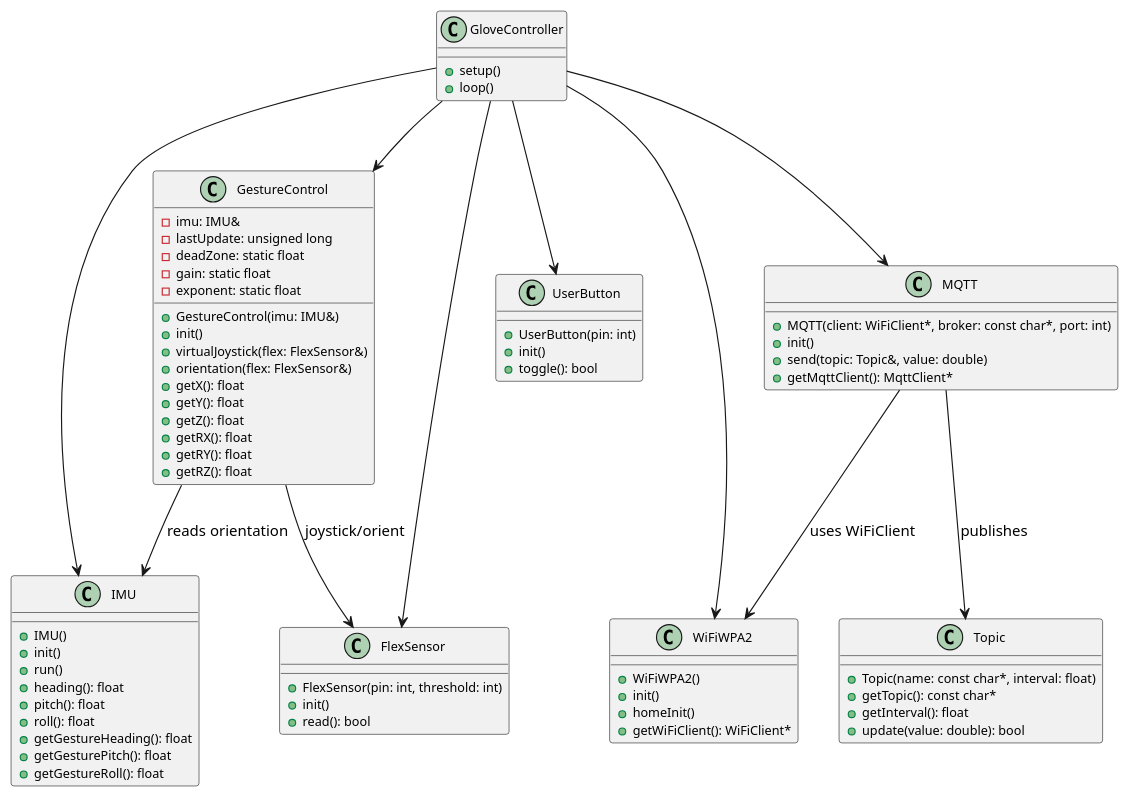
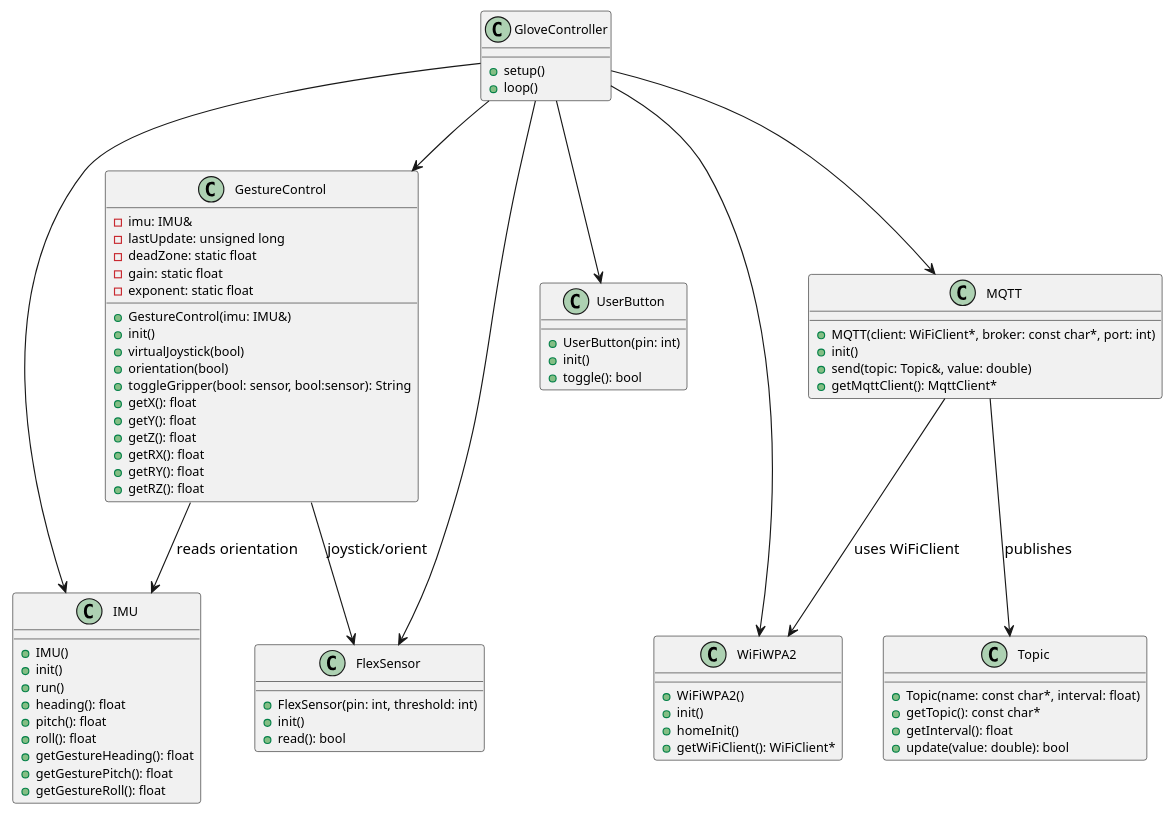
Before and after one commit to JohanMidthaug/Glove_Control_JetRacer: the diagram in data/umlClassDiagram.puml, drawn with PlantUML. The commit also changed 6 other files, not shown here.

```diff
--- a/data/umlClassDiagram.puml
+++ b/data/umlClassDiagram.puml
@@ -1,92 +1,93 @@
 @startuml
 skinparam classFontSize 12
 skinparam classAttributeFontSize 11
 skinparam classMethodFontSize 11
 
 '=== Core Class ===
 class GloveController {
   +setup()
   +loop()
 }
 
 '=== Gesture Control ===
 class GestureControl {
     +GestureControl(imu: IMU&)
   +init()
-  +virtualJoystick(flex: FlexSensor&)
-  +orientation(flex: FlexSensor&)
+  +virtualJoystick(bool)
+  +orientation(bool)
+  +toggleGripper(bool: sensor, bool:sensor): String
   +getX(): float
   +getY(): float
   +getZ(): float
   +getRX(): float
   +getRY(): float
   +getRZ(): float
   -imu: IMU&
   -lastUpdate: unsigned long
   -deadZone: static float
   -gain: static float
   -exponent: static float
 }
 
 '=== Sensor Classes ===
 class IMU {
   +IMU()
   +init()
   +run()
   +heading(): float
   +pitch(): float
   +roll(): float
   +getGestureHeading(): float
   +getGesturePitch(): float
   +getGestureRoll(): float
 }
 
 class FlexSensor {
   +FlexSensor(pin: int, threshold: int)
   +init()
   +read(): bool
 }
 
 class UserButton {
   +UserButton(pin: int)
   +init()
   +toggle(): bool
 }
 
 '=== Network & Communication ===
 class WiFiWPA2 {
   +WiFiWPA2()
   +init()
   +homeInit()
   +getWiFiClient(): WiFiClient*
 }
 
 class MQTT {
   +MQTT(client: WiFiClient*, broker: const char*, port: int)
   +init()
   +send(topic: Topic&, value: double)
   +getMqttClient(): MqttClient*
 }
 
 class Topic {
   +Topic(name: const char*, interval: float)
   +getTopic(): const char*
   +getInterval(): float
   +update(value: double): bool
 }
 
 '=== Relationships ===
 GloveController --> GestureControl
 GloveController --> IMU
 GloveController --> FlexSensor
 GloveController --> UserButton
 GloveController --> MQTT
 GloveController --> WiFiWPA2
 
 GestureControl --> IMU : reads orientation
 GestureControl --> FlexSensor : joystick/orient
 
 MQTT --> Topic : publishes
 MQTT --> WiFiWPA2 : uses WiFiClient
 
 @enduml
```
